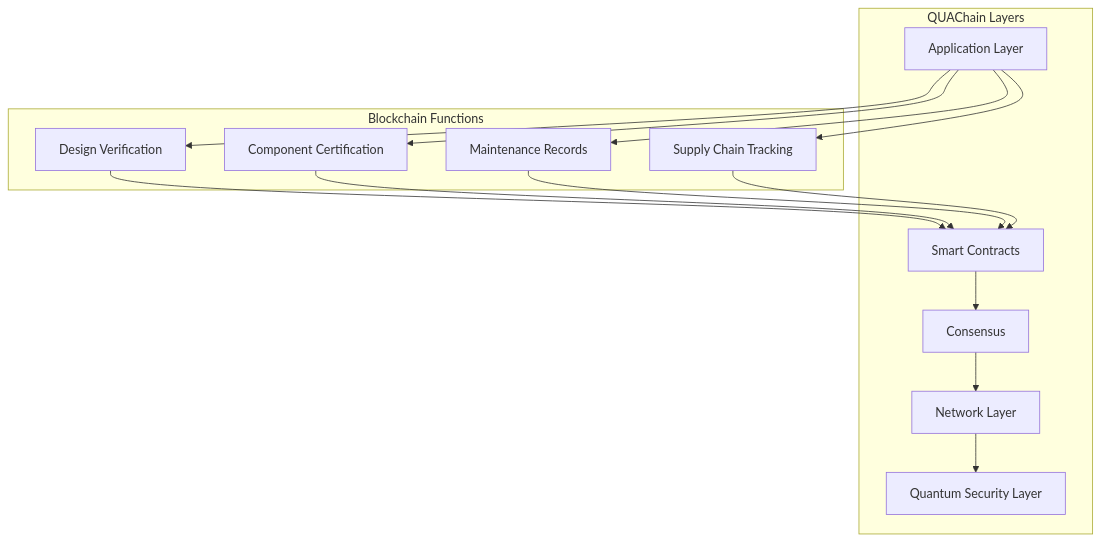
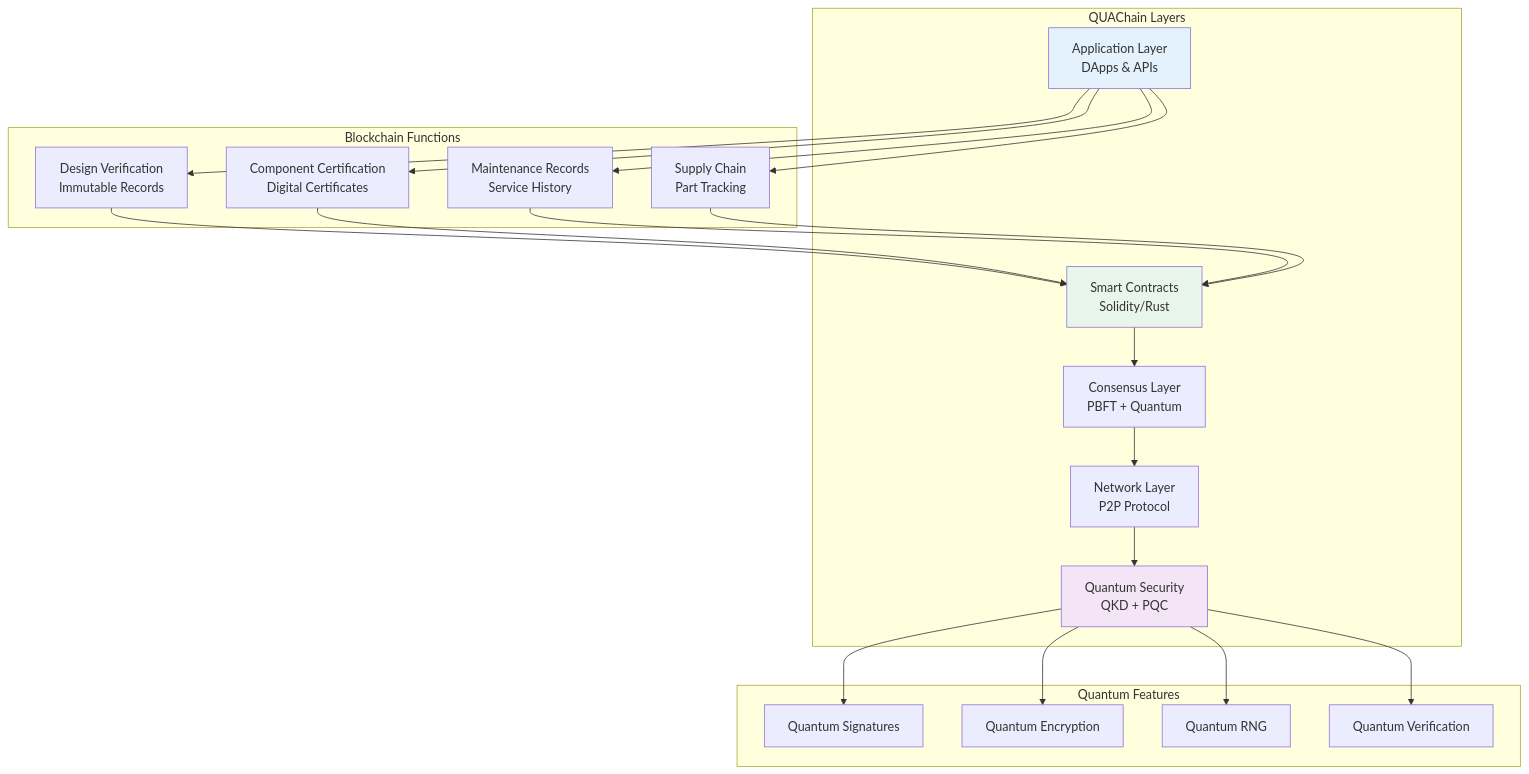
Before and after one commit to Robbbo-T/Robbbo-T: diagram 13 of 33 in README.md, drawn with Mermaid. The commit also changed other lines of this file, not shown here.

````diff
--- a/README.md
+++ b/README.md
@@ -1020,31 +1502,47 @@
 ```mermaid
 graph TD
     subgraph "QUAChain Layers"
-        AL[Application Layer]
-        SC[Smart Contracts]
-        CN[Consensus]
-        NL[Network Layer]
-        QL[Quantum Security Layer]
+        AL[Application Layer<br/>DApps & APIs]
+        SC[Smart Contracts<br/>Solidity/Rust]
+        CN[Consensus Layer<br/>PBFT + Quantum]
+        NL[Network Layer<br/>P2P Protocol]
+        QL[Quantum Security<br/>QKD + PQC]
     end
     
     subgraph "Blockchain Functions"
-        DV[Design Verification]
-        CC[Component Certification]
-        MR[Maintenance Records]
-        ST[Supply Chain Tracking]
+        DV[Design Verification<br/>Immutable Records]
+        CC[Component Certification<br/>Digital Certificates]
+        MR[Maintenance Records<br/>Service History]
+        ST[Supply Chain<br/>Part Tracking]
+    end
+    
+    subgraph "Quantum Features"
+        QS[Quantum Signatures]
+        QE[Quantum Encryption]
+        QR[Quantum RNG]
+        QV[Quantum Verification]
     end
     
     AL --> DV
     AL --> CC
     AL --> MR
     AL --> ST
     
     DV --> SC
     CC --> SC
     MR --> SC
     ST --> SC
     
     SC --> CN
     CN --> NL
     NL --> QL
+    
+    QL --> QS
+    QL --> QE
+    QL --> QR
+    QL --> QV
+    
+    style QL fill:#f3e5f5
+    style AL fill:#e3f2fd
+    style SC fill:#e8f5e9
 ```
````
